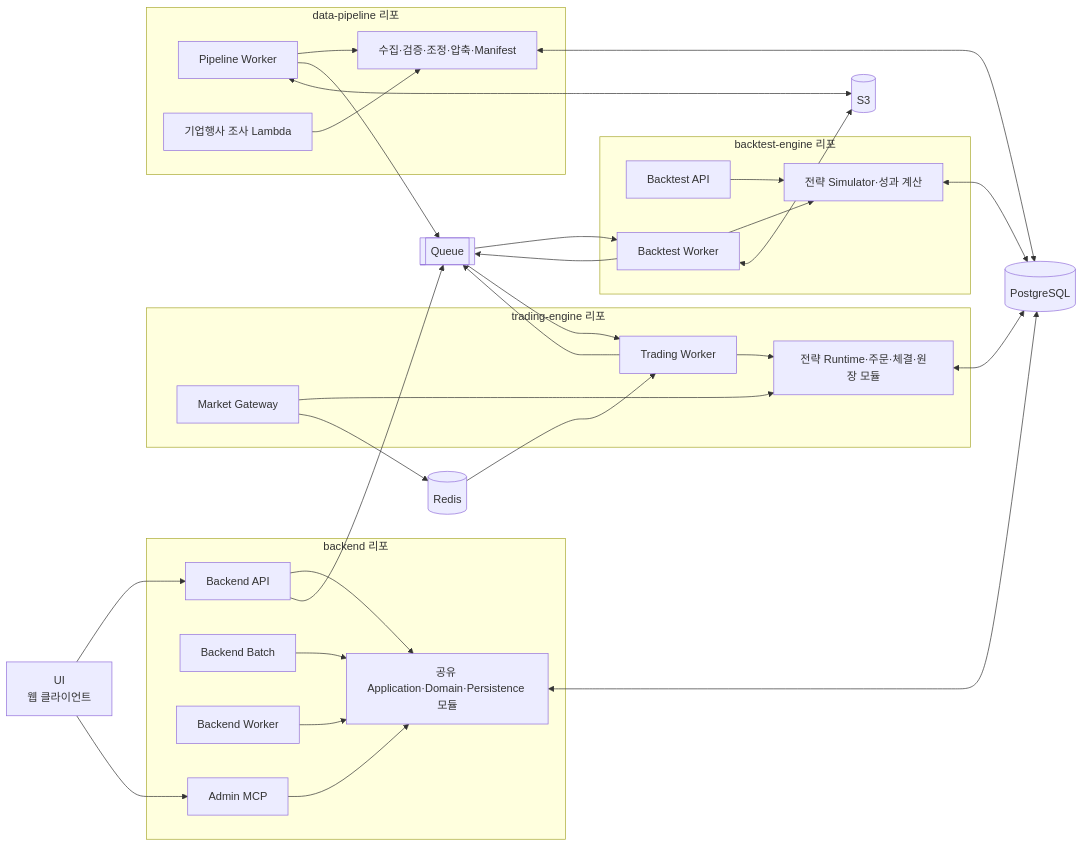
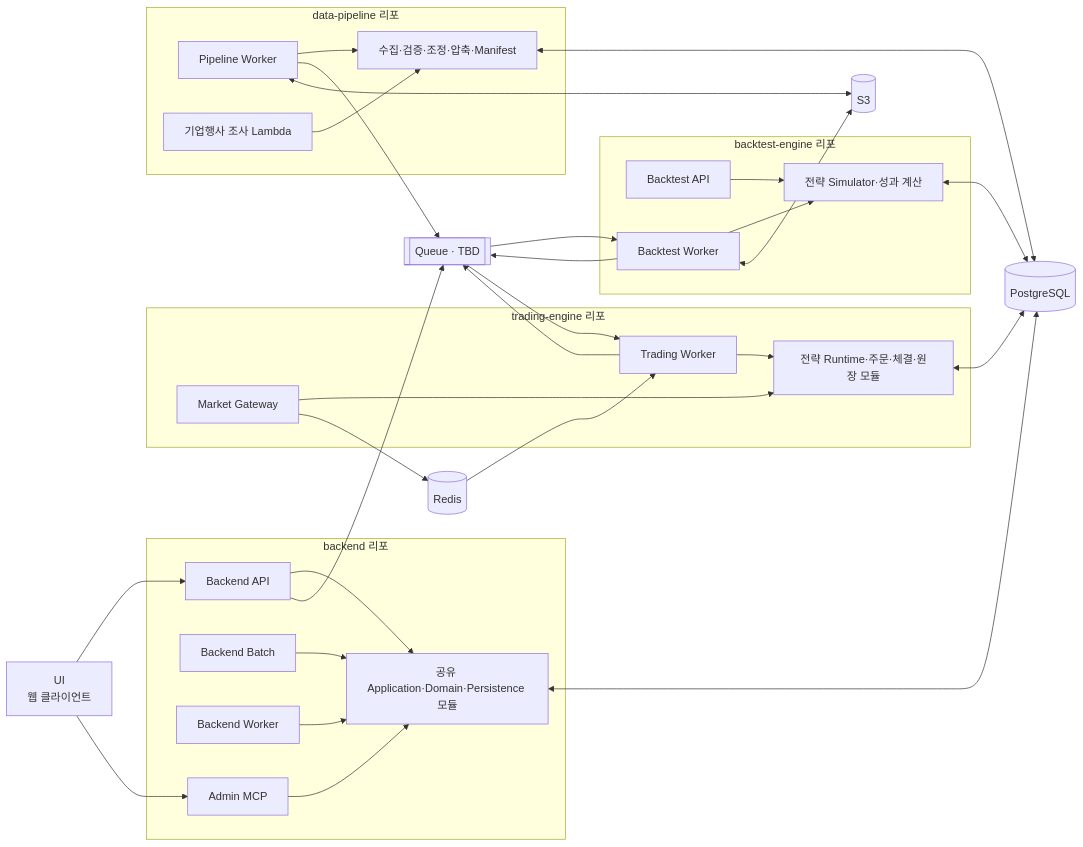
The second of 5 diagrams in docs/infrastructure/backend-and-aws-architecture.md (Idea2Strategy/Idea2Strategy), drawn with Mermaid before and after one commit. The commit also changed other lines of this file and 38 other files, not shown here.

First line of the commit message:
feat(infra): harden development AWS and add architecture diagrams (#38)

````diff
--- a/docs/infrastructure/backend-and-aws-architecture.md
+++ b/docs/infrastructure/backend-and-aws-architecture.md
@@ -206,66 +208,66 @@
 ```mermaid
 flowchart LR
     UI["UI\n웹 클라이언트"]
 
     subgraph BackendRepo["backend 리포"]
         API["Backend API"]
         Batch["Backend Batch"]
         AsyncWorker["Backend Worker"]
         MCP["Admin MCP"]
         BackendShared["공유 Application·Domain·Persistence 모듈"]
     end
 
     subgraph TradingRepo["trading-engine 리포"]
         Gateway["Market Gateway"]
         Trader["Trading Worker"]
         TradingShared["전략 Runtime·주문·체결·원장 모듈"]
     end
 
     subgraph BacktestRepo["backtest-engine 리포"]
         BTApi["Backtest API"]
         BTWorker["Backtest Worker"]
         BTEngine["전략 Simulator·성과 계산"]
     end
 
     subgraph PipelineRepo["data-pipeline 리포"]
         Pipeline["Pipeline Worker"]
         CorpLambda["기업행사 조사 Lambda"]
         PipelineCore["수집·검증·조정·압축·Manifest"]
     end
 
     DB[("PostgreSQL")]
     Cache[("Redis")]
     Objects[("S3")]
-    Queue[["Queue"]]
+    Queue[["Queue · TBD"]]
 
     UI --> API
     UI --> MCP
 
     API --> BackendShared
     Batch --> BackendShared
     AsyncWorker --> BackendShared
     MCP --> BackendShared
 
     Gateway --> TradingShared
     Trader --> TradingShared
     BTApi --> BTEngine
     BTWorker --> BTEngine
     Pipeline --> PipelineCore
     CorpLambda --> PipelineCore
 
     BackendShared <--> DB
     TradingShared <--> DB
     BTEngine <--> DB
     PipelineCore <--> DB
 
     Gateway --> Cache --> Trader
     API --> Queue
     Queue --> Trader
     Queue --> BTWorker
     Trader --> Queue
     BTWorker --> Queue
     Pipeline --> Queue
 
     BTWorker <--> Objects
     Pipeline <--> Objects
 ```
````
